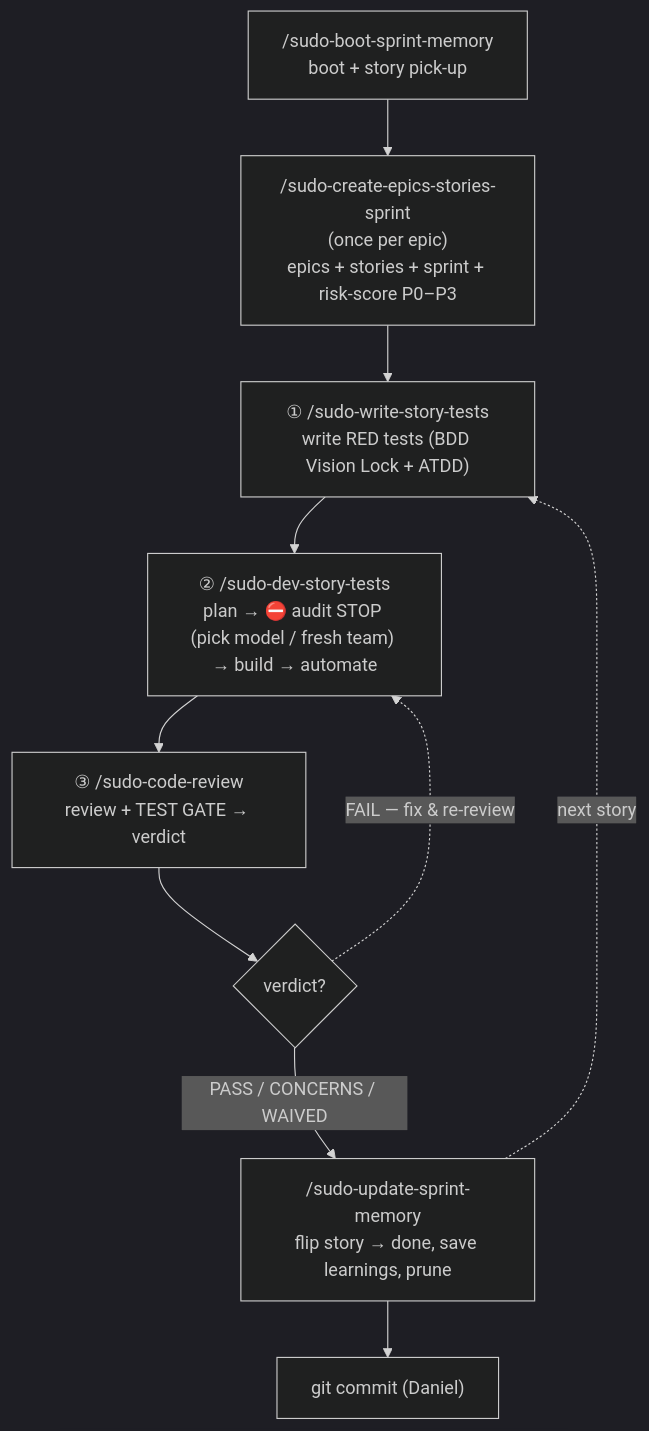
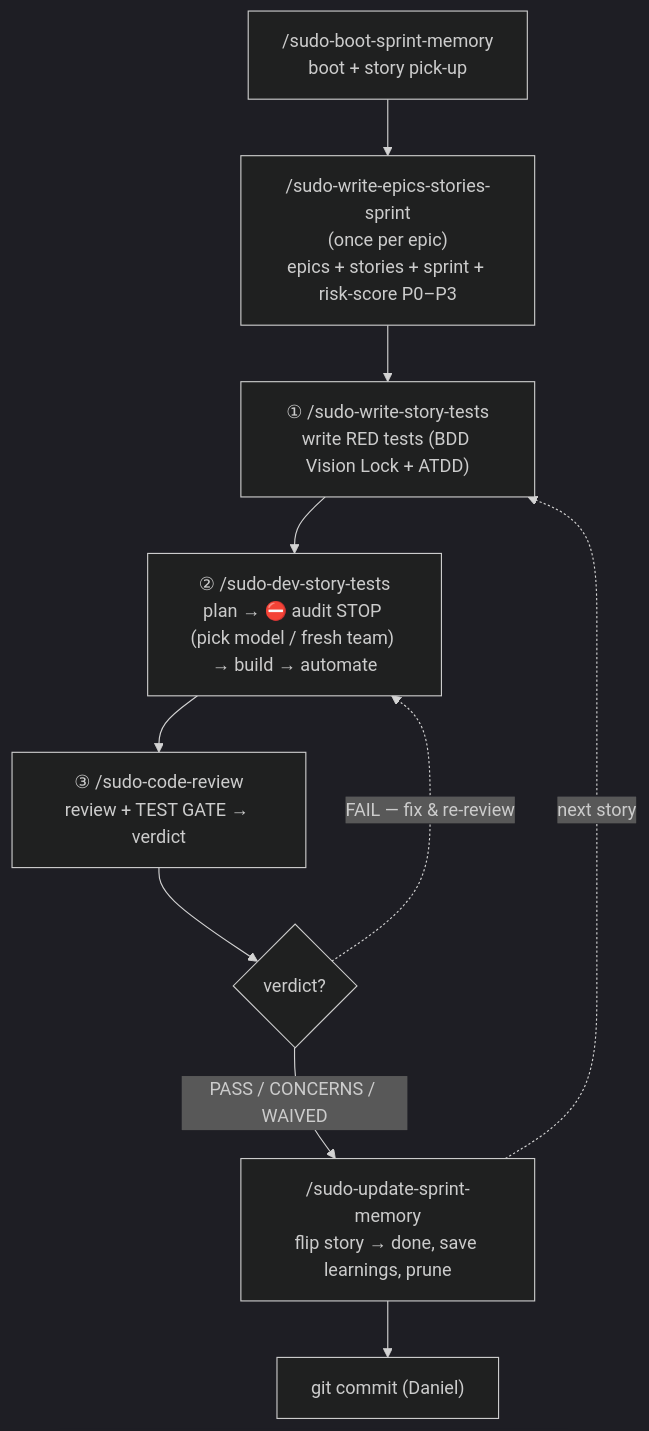
The second of 3 diagrams in _my_resources/diagrams_guides/workflows_tea_testing/sudo_workflows_testing.md (sudomadhatter/Sudo_Hatter_Command), drawn with Mermaid (dark theme) before and after one commit. The commit also changed other lines of this file and 1 other file, not shown here.

````diff
--- a/_my_resources/diagrams_guides/workflows_tea_testing/sudo_workflows_testing.md
+++ b/_my_resources/diagrams_guides/workflows_tea_testing/sudo_workflows_testing.md
@@ -620,12 +656,12 @@
 ```mermaid
 flowchart TD
-    BOOT["/sudo-boot-sprint-memory<br/>boot + story pick-up"] --> KICK["/sudo-create-epics-stories-sprint<br/>(once per epic)<br/>epics + stories + sprint + risk-score P0–P3"]
+    BOOT["/sudo-boot-sprint-memory<br/>boot + story pick-up"] --> KICK["/sudo-write-epics-stories-sprint<br/>(once per epic)<br/>epics + stories + sprint + risk-score P0–P3"]
     KICK --> W["① /sudo-write-story-tests<br/>write RED tests (BDD Vision Lock + ATDD)"]
     W --> DEV["② /sudo-dev-story-tests<br/>plan → ⛔ audit STOP (pick model / fresh team) → build → automate"]
     DEV --> CR["③ /sudo-code-review<br/>review + TEST GATE → verdict"]
     CR --> GATE{"verdict?"}
     GATE -->|"PASS / CONCERNS / WAIVED"| UPD["/sudo-update-sprint-memory<br/>flip story → done, save learnings, prune"]
     GATE -.->|"FAIL — fix & re-review"| DEV
     UPD --> COMMIT["git commit (Daniel)"]
     UPD -.->|"next story"| W
 ```
````
